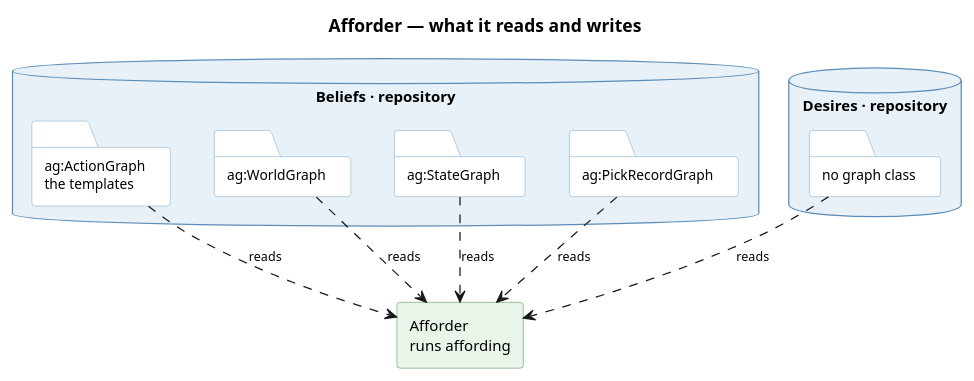
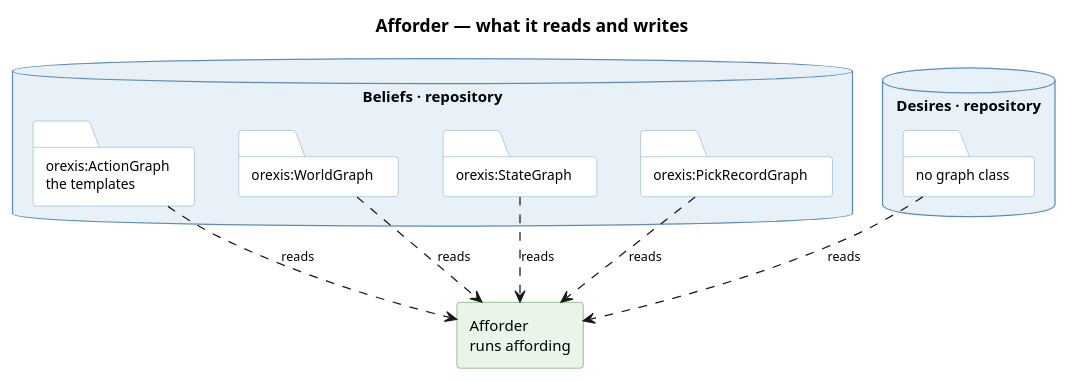
Before and after one commit to ShishkinDmitriy/orexis: the diagram in knowledge/diagrams/service-afforder.puml, drawn with PlantUML. The commit also changed 296 other files, not shown here.

```diff
--- a/knowledge/diagrams/service-afforder.puml
+++ b/knowledge/diagrams/service-afforder.puml
@@ -1,44 +1,44 @@
 @startuml service-afforder
 title Afforder — what it reads and writes
 
 skinparam componentStyle rectangle
 skinparam shadowing false
 skinparam defaultFontSize 12
 skinparam titleFontSize 14
 skinparam ArrowFontSize 10
 skinparam database {
   BackgroundColor #E8F1F8
   BorderColor #5B8DB8
 }
 skinparam folder {
   BackgroundColor #FFFFFF
   BorderColor #8FB4D0
   FontSize 11
 }
 skinparam component {
   BackgroundColor #EAF5EA
   BorderColor #5E9E5E
 }
 
 
 database "Beliefs · repository" as BEL {
-  folder "ag:ActionGraph\nthe templates" as A
-  folder "ag:WorldGraph" as W
-  folder "ag:StateGraph" as S
-  folder "ag:PickRecordGraph" as P
+  folder "orexis:ActionGraph\nthe templates" as A
+  folder "orexis:WorldGraph" as W
+  folder "orexis:StateGraph" as S
+  folder "orexis:PickRecordGraph" as P
 }
 
 database "Desires · repository" as DES {
   folder "no graph class" as X
 }
 
 component "Afforder\nruns affording" as MB
 
 
 A ..> MB : reads
 W ..> MB : reads
 S ..> MB : reads
 P ..> MB : reads
 X ..> MB : reads
 
 @enduml
```
